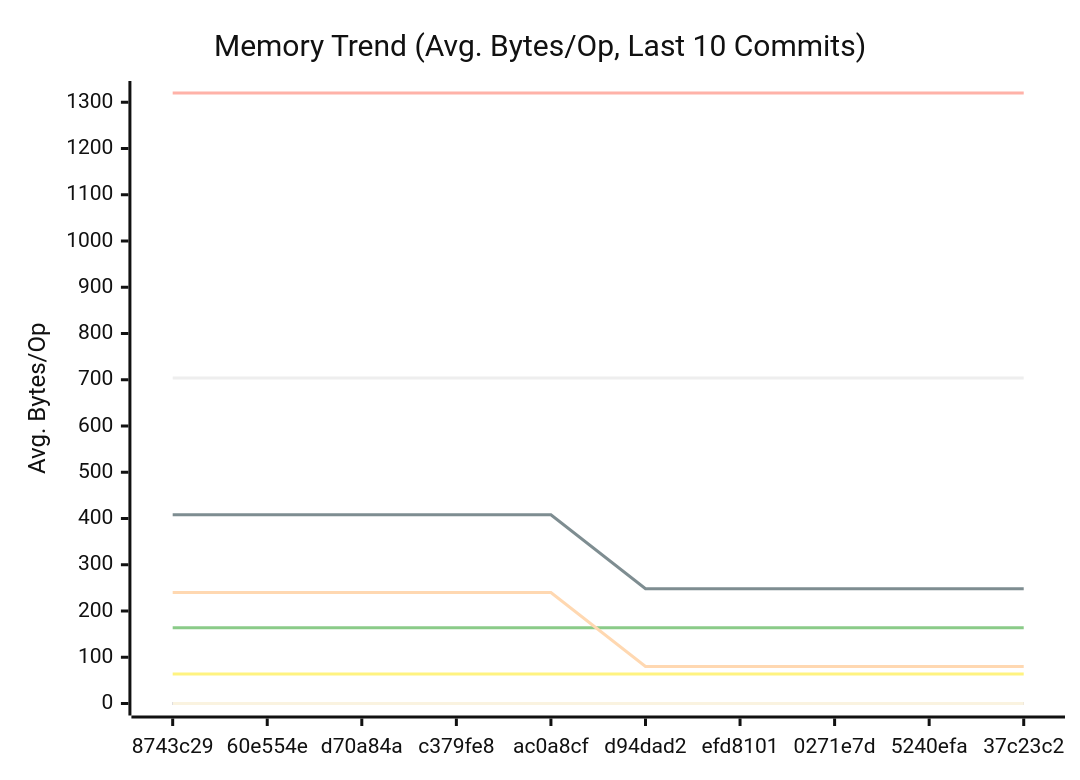
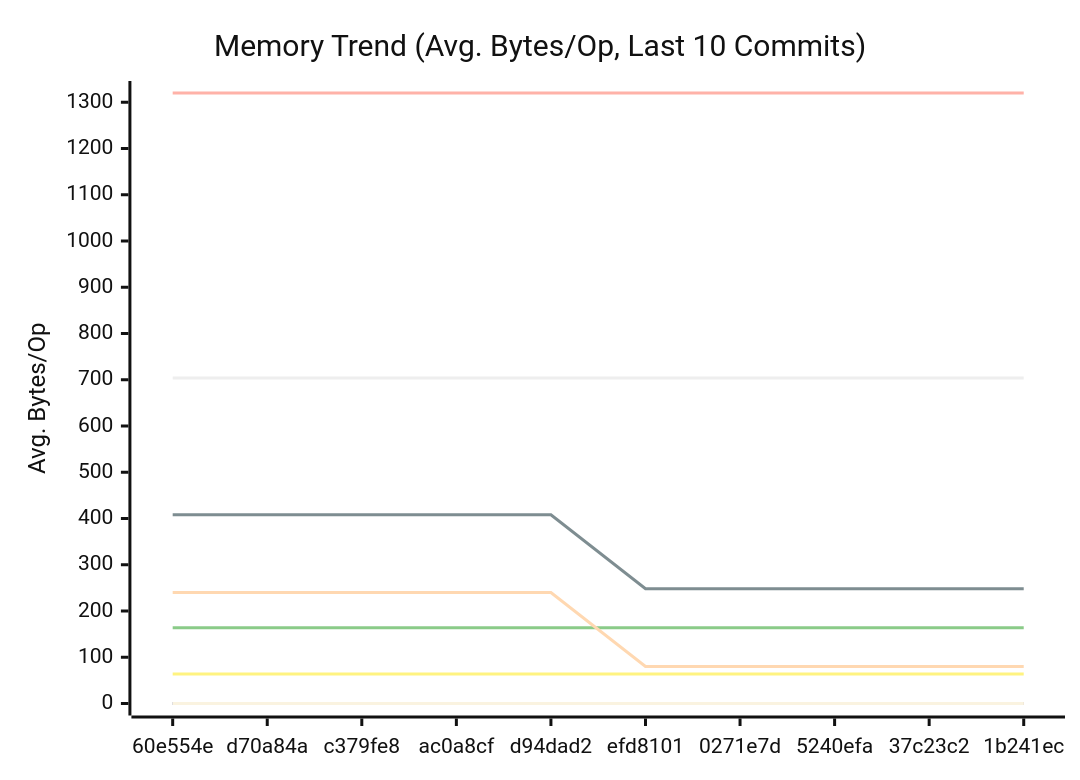
Before and after one commit to alsotoes/momo: the second of 3 diagrams in docs/PERFORMANCE.md, drawn with Mermaid (neutral theme). The commit also changed other lines of this file and 3 other files, not shown here.

````diff
--- a/docs/PERFORMANCE.md
+++ b/docs/PERFORMANCE.md
@@ -152,18 +152,18 @@
 ```mermaid
 xychart-beta
     title "Memory Trend (Avg. Bytes/Op, Last 10 Commits)"
     x-axis "Commit"
     y-axis "Avg. Bytes/Op"
-    x-axis [8743c29,60e554e,d70a84a,c379fe8,ac0a8cf,d94dad2,efd8101,0271e7d,5240efa,37c23c2]
+    x-axis [60e554e,d70a84a,c379fe8,ac0a8cf,d94dad2,efd8101,0271e7d,5240efa,37c23c2,1b241ec]
     line "CheckMetricsAndSwap" [0,0,0,0,0,0,0,0,0,0]
     line "CrushOptimized" [0,0,0,0,0,0,0,0,0,0]
     line "CrushOriginal" [164,164,164,164,164,164,164,164,164,164]
     line "IndexDirectTracking" [0,0,0,0,0,0,0,0,0,0]
     line "IndexSearch" [0,0,0,0,0,0,0,0,0,0]
     line "LoadGlobalConfig" [1320,1320,1320,1320,1320,1320,1320,1320,1320,1320]
     line "PadString" [64,64,64,64,64,64,64,64,64,64]
     line "ParseReplicationOrder_NoPrealloc" [408,408,408,408,408,248,248,248,248,248]
     line "ParseReplicationOrder_Prealloc" [240,240,240,240,240,80,80,80,80,80]
     line "SanitizeLog/Safe" [0,0,0,0,0,0,0,0,0,0]
     line "SanitizeLog/Unsafe" [704,704,704,704,704,704,704,704,704,704]
 ```
````
